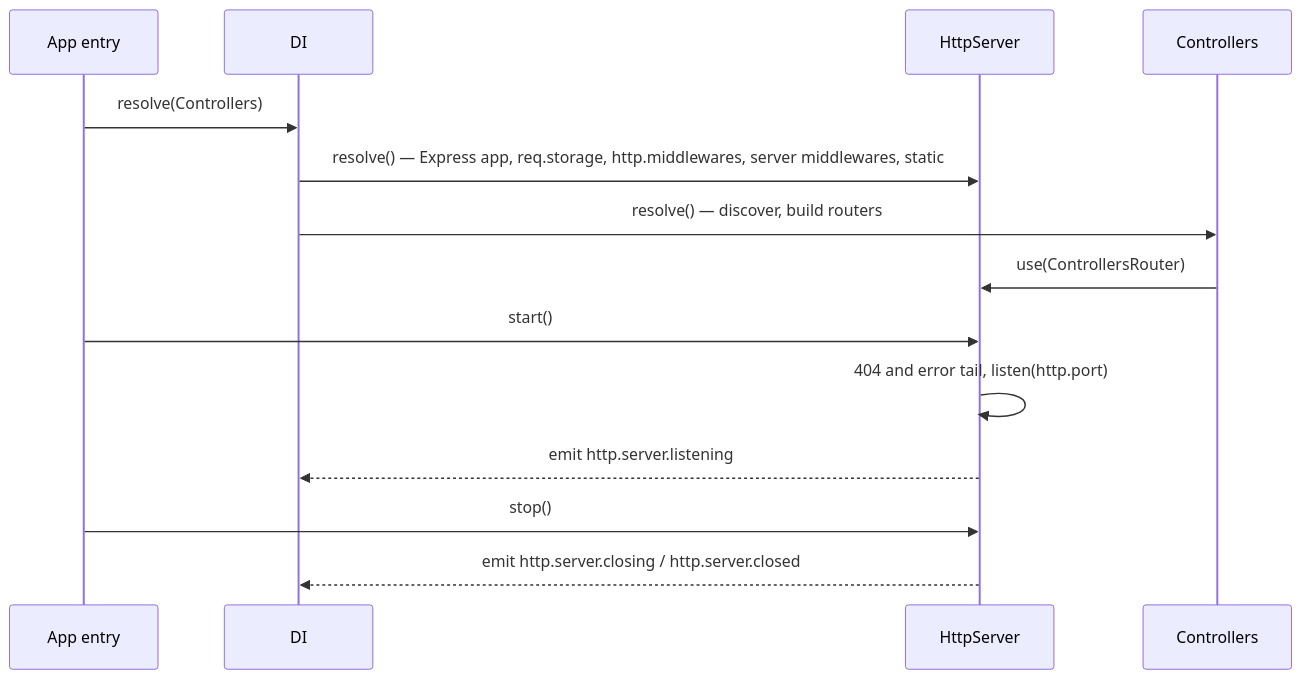
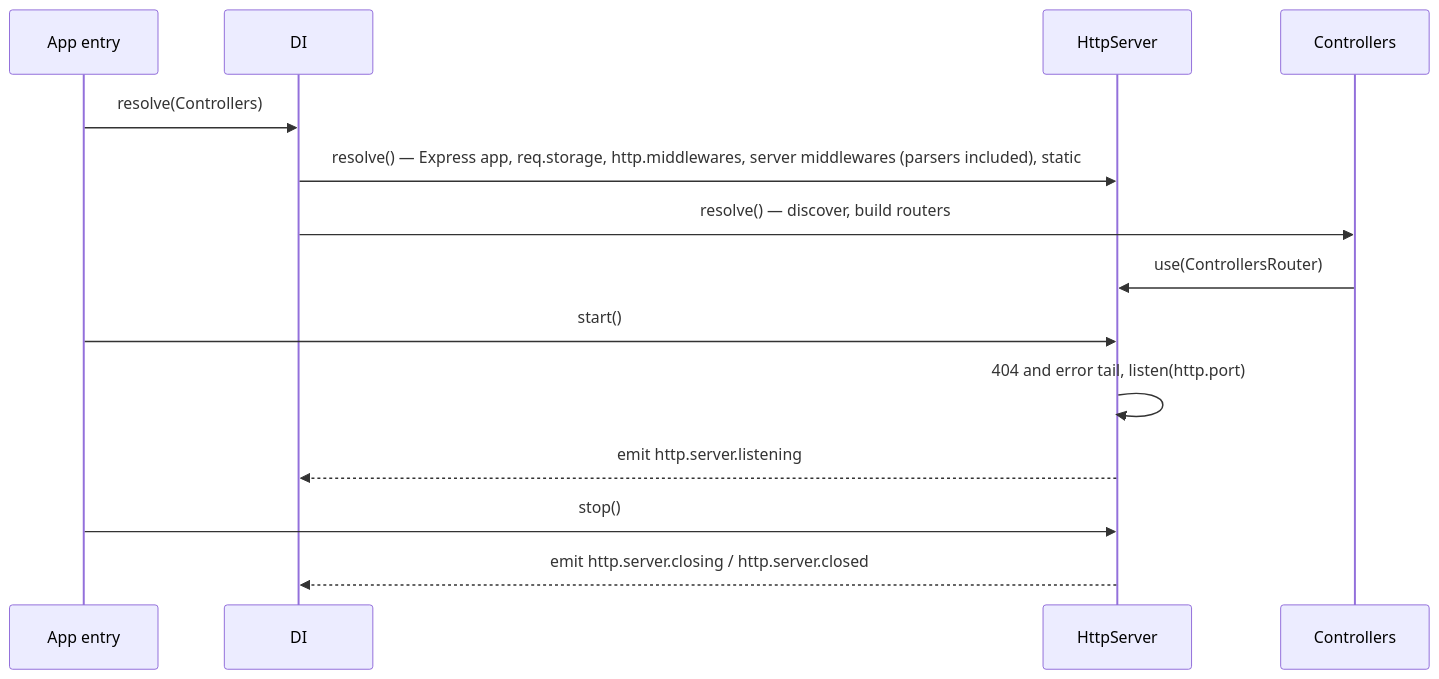
Before and after one commit to spinajs/main: the diagram in docs/http/01-http-server.md, drawn with Mermaid. The commit also changed other lines of this file and 23 other files, not shown here.

First line of the commit message:
feat(http)!: body and cookie parsers and body limits as ordered server middlewares

````diff
--- a/docs/http/01-http-server.md
+++ b/docs/http/01-http-server.md
@@ -18,16 +18,16 @@
 ```mermaid
 sequenceDiagram
   participant App as App entry
   participant DI
   participant S as HttpServer
   participant C as Controllers
   App->>DI: resolve(Controllers)
-  DI->>S: resolve() — Express app, req.storage, http.middlewares, server middlewares, static
+  DI->>S: resolve() — Express app, req.storage, http.middlewares, server middlewares (parsers included), static
   DI->>C: resolve() — discover, build routers
   C->>S: use(ControllersRouter)
   App->>S: start()
   S->>S: 404 and error tail, listen(http.port)
   S-->>DI: emit http.server.listening
   App->>S: stop()
   S-->>DI: emit http.server.closing / http.server.closed
 ```
````
